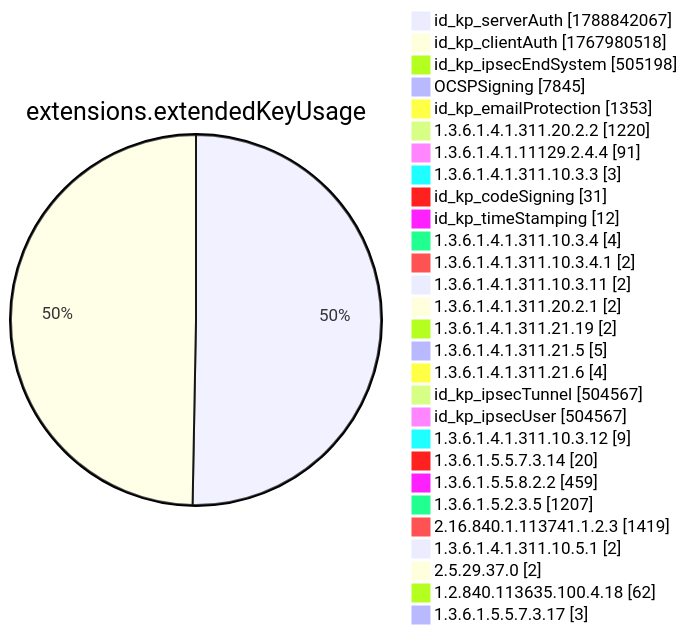
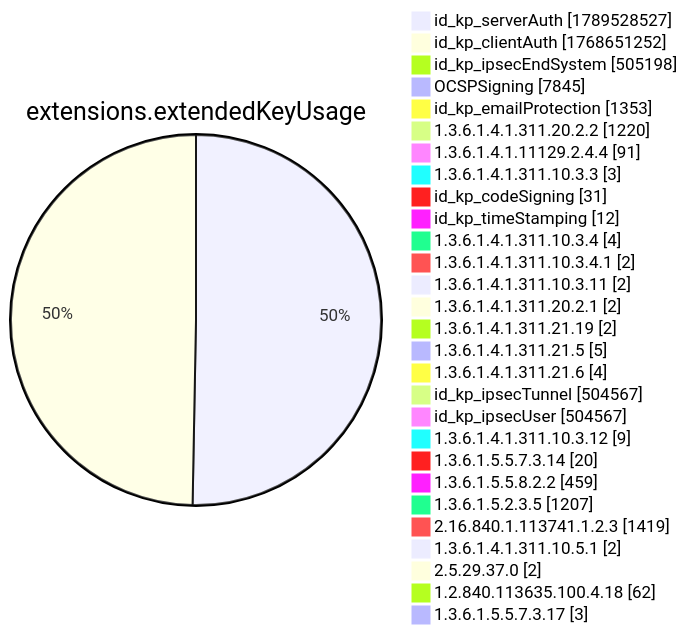
Diagram 12 of 15 in xenon2022/README.md (christiankrug/ctmonitor_visualization), drawn with Mermaid before and after one commit. The commit also changed other lines of this file, not shown here.

````diff
--- a/xenon2022/README.md
+++ b/xenon2022/README.md
@@ -3894,32 +3894,32 @@
 ```mermaid
 pie showData
 title extensions.extendedKeyUsage
-"id_kp_serverAuth" :1788842067
-"id_kp_clientAuth" :1767980518
+"id_kp_serverAuth" :1789528527
+"id_kp_clientAuth" :1768651252
 "id_kp_ipsecEndSystem" :505198
 "OCSPSigning" :7845
 "id_kp_emailProtection" :1353
 "1.3.6.1.4.1.311.20.2.2" :1220
 "1.3.6.1.4.1.11129.2.4.4" :91
 "1.3.6.1.4.1.311.10.3.3" :3
 "id_kp_codeSigning" :31
 "id_kp_timeStamping" :12
 "1.3.6.1.4.1.311.10.3.4" :4
 "1.3.6.1.4.1.311.10.3.4.1" :2
 "1.3.6.1.4.1.311.10.3.11" :2
 "1.3.6.1.4.1.311.20.2.1" :2
 "1.3.6.1.4.1.311.21.19" :2
 "1.3.6.1.4.1.311.21.5" :5
 "1.3.6.1.4.1.311.21.6" :4
 "id_kp_ipsecTunnel" :504567
 "id_kp_ipsecUser" :504567
 "1.3.6.1.4.1.311.10.3.12" :9
 "1.3.6.1.5.5.7.3.14" :20
 "1.3.6.1.5.5.8.2.2" :459
 "1.3.6.1.5.2.3.5" :1207
 "2.16.840.1.113741.1.2.3" :1419
 "1.3.6.1.4.1.311.10.5.1" :2
 "2.5.29.37.0" :2
 "1.2.840.113635.100.4.18" :62
 "1.3.6.1.5.5.7.3.17" :3
 ```
````
